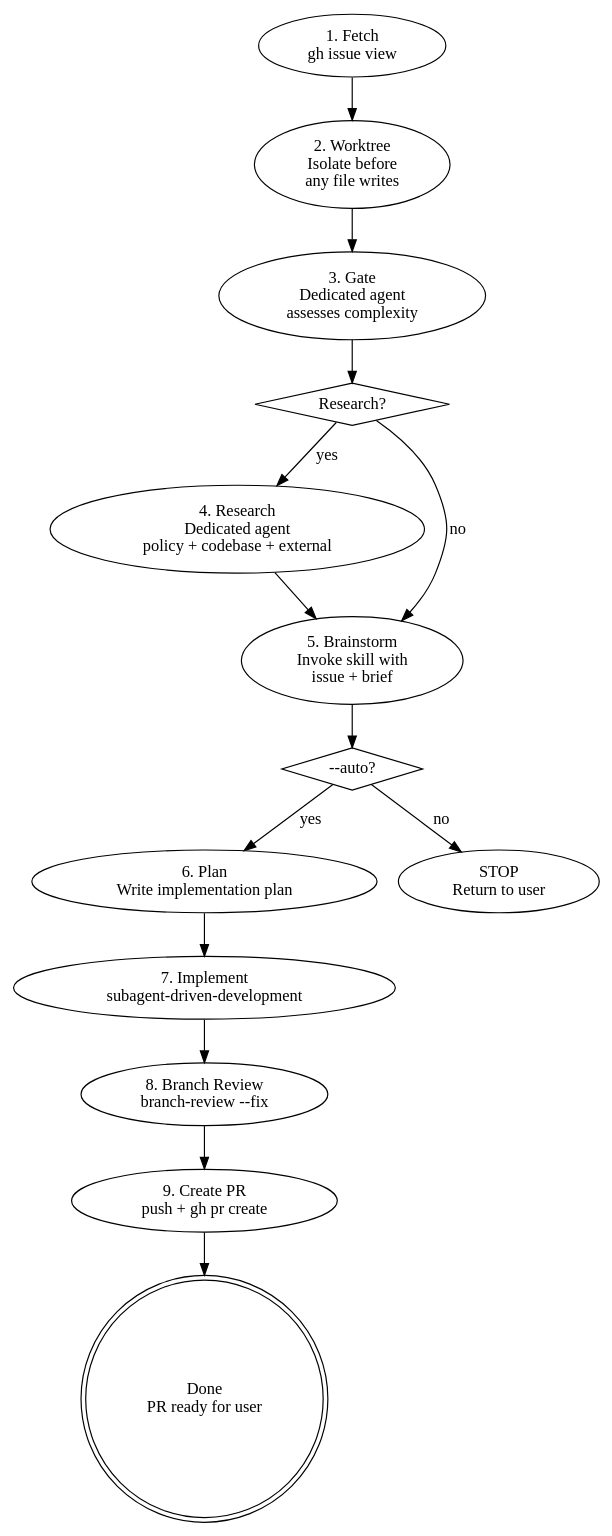
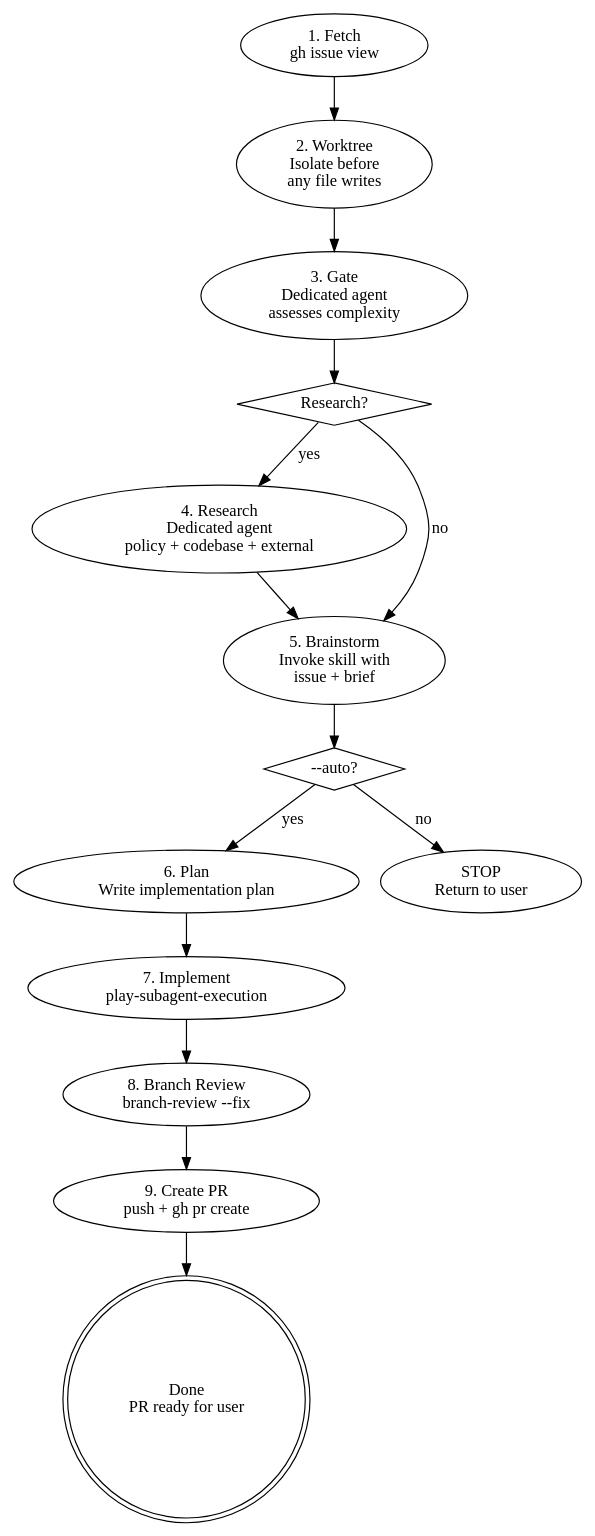
Before and after one commit to ryumiel/devcanon: the diagram in skills/github-issue-priming/SKILL.md, drawn with Graphviz. The commit also changed other lines of this file and 1 other file, not shown here.

First line of the commit message:
docs(skills): rename stale subagent-driven-development references to play-subagent-execution

````diff
--- a/skills/github-issue-priming/SKILL.md
+++ b/skills/github-issue-priming/SKILL.md
@@ -33,27 +33,27 @@
 ```dot
 digraph priming {
   rankdir=TB;
   fetch [label="1. Fetch\ngh issue view"];
   worktree [label="2. Worktree\nIsolate before\nany file writes"];
   gate [label="3. Gate\nDedicated agent\nassesses complexity"];
   decide [label="Research?", shape=diamond];
   research [label="4. Research\nDedicated agent\npolicy + codebase + external"];
   brainstorm [label="5. Brainstorm\nInvoke skill with\nissue + brief"];
   auto_check [label="--auto?", shape=diamond];
   plan [label="6. Plan\nWrite implementation plan"];
-  implement [label="7. Implement\nsubagent-driven-development"];
+  implement [label="7. Implement\nplay-subagent-execution"];
   stop_interactive [label="STOP\nReturn to user"];
 
   fetch -> worktree -> gate -> decide;
   decide -> research [label="yes"];
   decide -> brainstorm [label="no"];
   research -> brainstorm;
   brainstorm -> auto_check;
   auto_check -> plan [label="yes"];
   auto_check -> stop_interactive [label="no"];
   plan -> implement -> review -> create_pr -> done;
   review [label="8. Branch Review\nbranch-review --fix"];
   create_pr [label="9. Create PR\npush + gh pr create"];
   done [label="Done\nPR ready for user", shape=doublecircle];
 }
 ```
````
